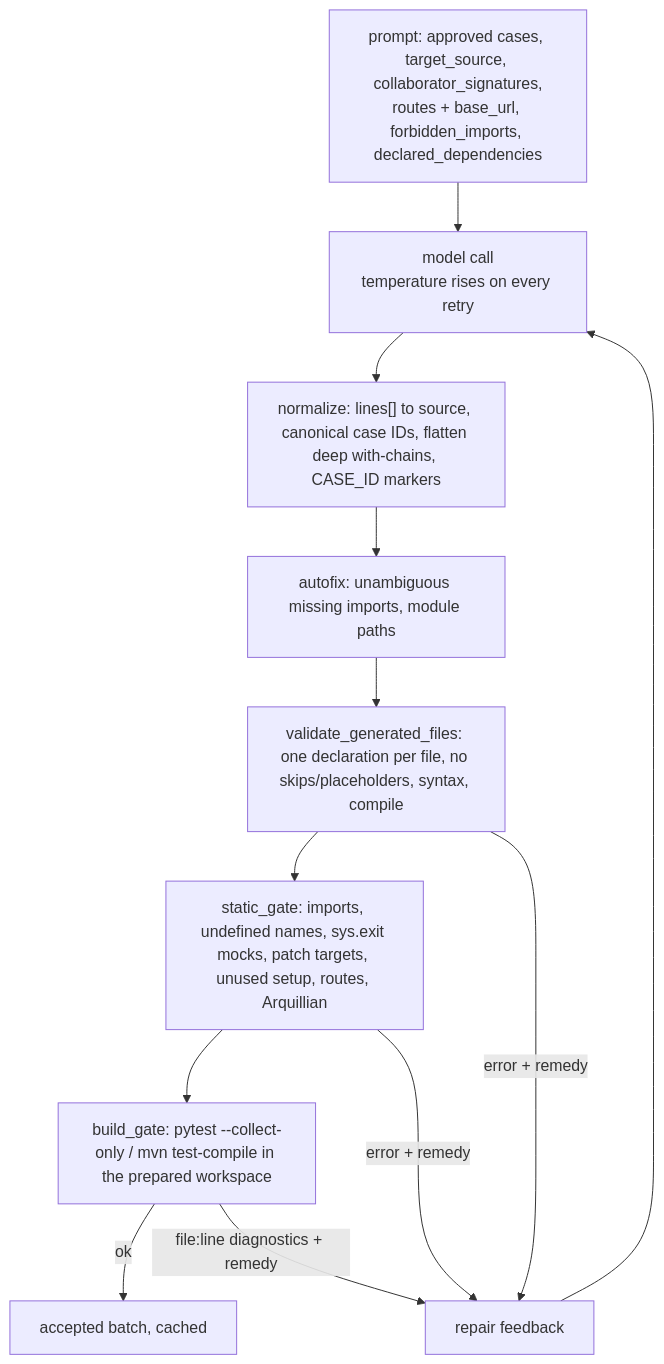
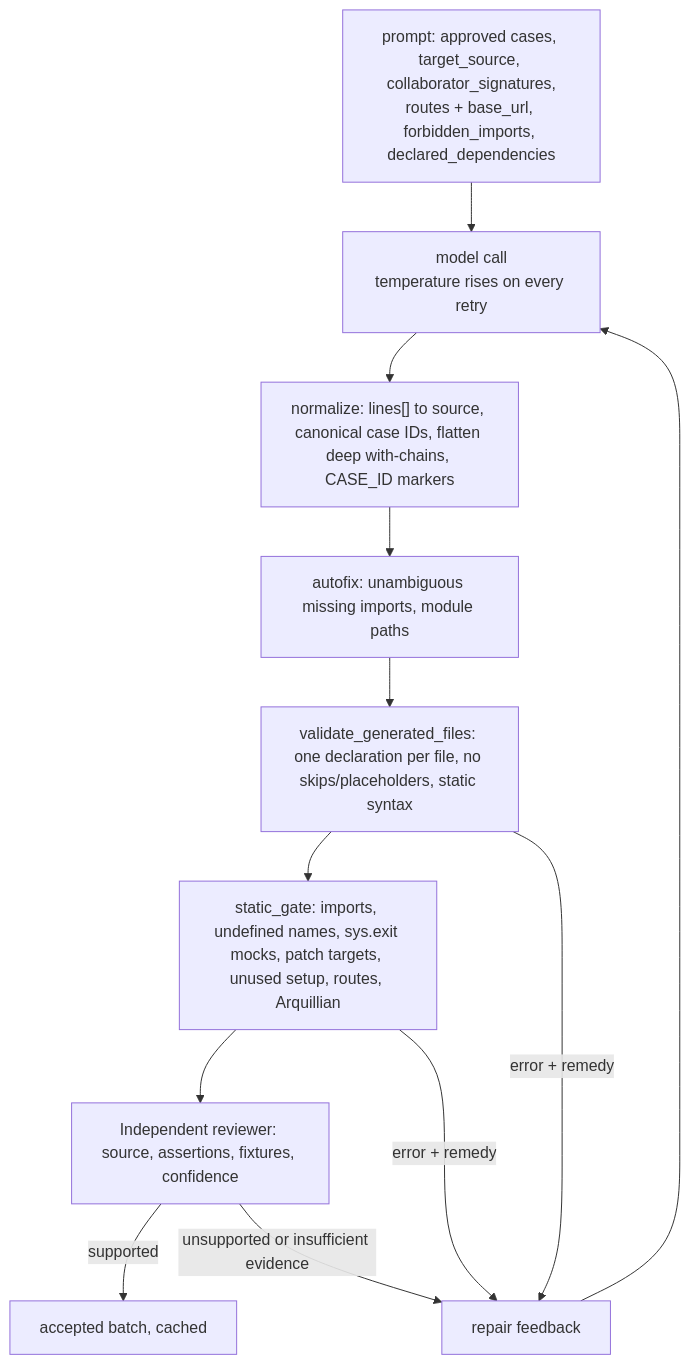
Before and after one commit to sarveshtalele/maf-harness-testing: the second of 3 diagrams in docs/ARCHITECTURE.md, drawn with Mermaid. The commit also changed other lines of this file and 61 other files, not shown here.

Commit message:
fix(harness): preserve source coverage and review generated cases

````diff
--- a/docs/ARCHITECTURE.md
+++ b/docs/ARCHITECTURE.md
@@ -80,14 +80,14 @@
 ```mermaid
 flowchart TD
   P["prompt: approved cases, target_source, collaborator_signatures,<br/>routes + base_url, forbidden_imports, declared_dependencies"] --> M[model call<br/>temperature rises on every retry]
   M --> N["normalize: lines[] to source, canonical case IDs, flatten deep with-chains, CASE_ID markers"]
   N --> F[autofix: unambiguous missing imports, module paths]
-  F --> V[validate_generated_files: one declaration per file, no skips/placeholders, syntax, compile]
+  F --> V[validate_generated_files: one declaration per file, no skips/placeholders, static syntax]
   V --> S[static_gate: imports, undefined names, sys.exit mocks, patch targets, unused setup, routes, Arquillian]
-  S --> B[build_gate: pytest --collect-only / mvn test-compile in the prepared workspace]
-  B -->|ok| A[accepted batch, cached]
+  S --> B[Independent reviewer: source, assertions, fixtures, confidence]
+  B -->|supported| A[accepted batch, cached]
   V -->|error + remedy| R[repair feedback]
   S -->|error + remedy| R
-  B -->|file:line diagnostics + remedy| R
+  B -->|unsupported or insufficient evidence| R
   R --> M
 ```
````
